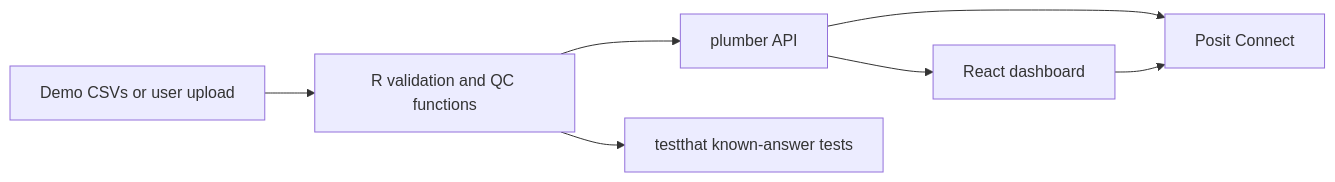
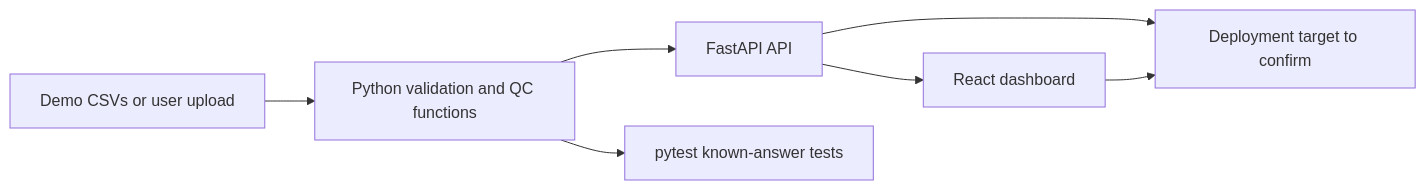
The diagram in docs/BLOOD_BANK_PROJECT_PLAN.md (Adjekai/Six_sigma), drawn with Mermaid before and after one commit. The commit also changed other lines of this file and 9 other files, not shown here.

````diff
--- a/docs/BLOOD_BANK_PROJECT_PLAN.md
+++ b/docs/BLOOD_BANK_PROJECT_PLAN.md
@@ -32,9 +32,9 @@
 ```mermaid
 flowchart LR
-    A[Demo CSVs or user upload] --> B[R validation and QC functions]
-    B --> C[plumber API]
+    A[Demo CSVs or user upload] --> B[Python validation and QC functions]
+    B --> C[FastAPI API]
     C --> D[React dashboard]
-    B --> E[testthat known-answer tests]
-    C --> F[Posit Connect]
+    B --> E[pytest known-answer tests]
+    C --> F[Deployment target to confirm]
     D --> F
 ```
````
